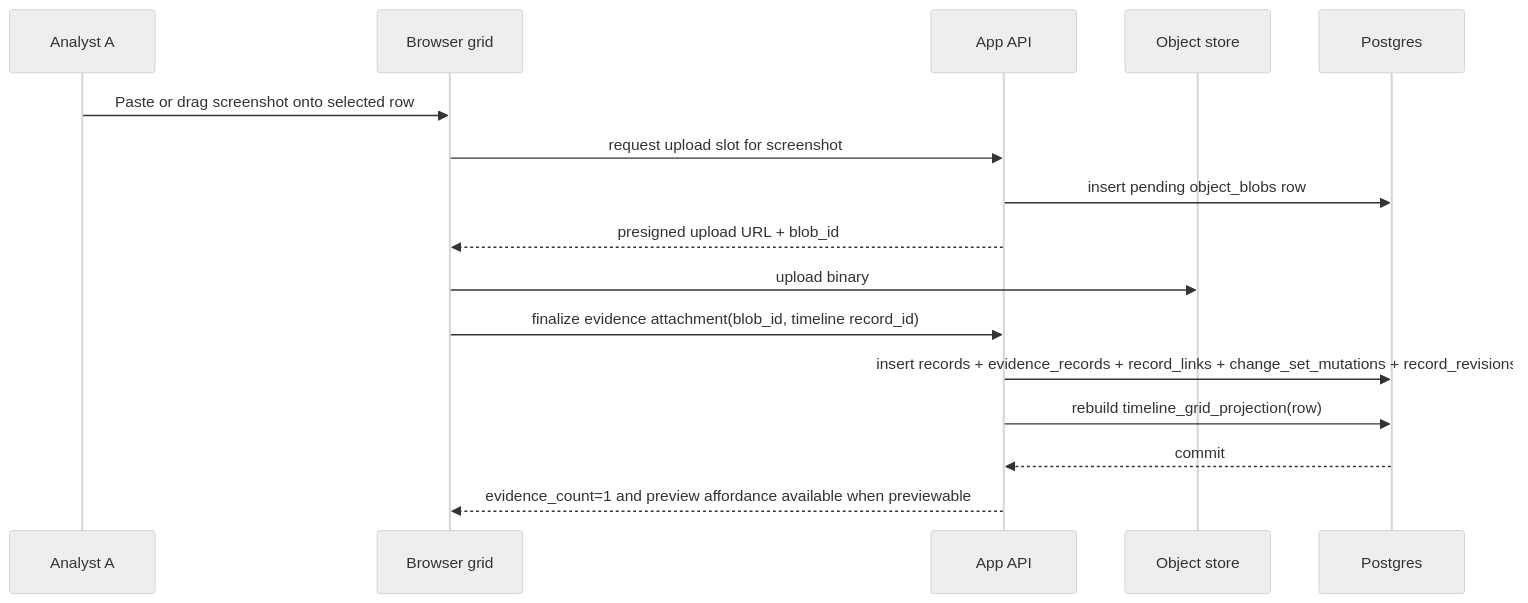
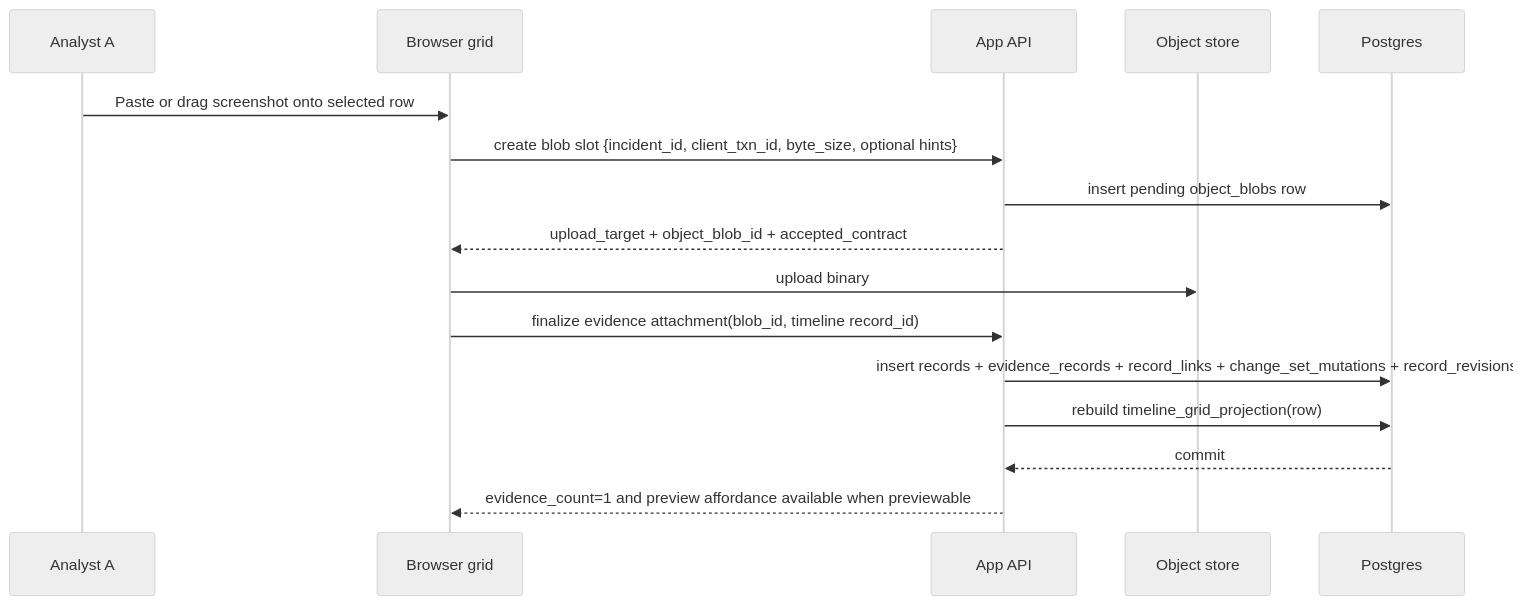
The second of 8 diagrams in D_workflow_and_ui_illustrations_source_extract.md (JochiRaider/cartulary), drawn with Mermaid (neutral theme) before and after one commit. The commit also changed other lines of this file and 7 other files, not shown here.

````diff
--- a/D_workflow_and_ui_illustrations_source_extract.md
+++ b/D_workflow_and_ui_illustrations_source_extract.md
@@ -41,19 +41,19 @@
 ```mermaid
 sequenceDiagram
     participant A as Analyst A
     participant UI as Browser grid
     participant App as App API
     participant OBJ as Object store
     participant PG as Postgres
 
     A->>UI: Paste or drag screenshot onto selected row
-    UI->>App: request upload slot for screenshot
+    UI->>App: create blob slot {incident_id, client_txn_id, byte_size, optional hints}
     App->>PG: insert pending object_blobs row
-    App-->>UI: presigned upload URL + blob_id
+    App-->>UI: upload_target + object_blob_id + accepted_contract
     UI->>OBJ: upload binary
     UI->>App: finalize evidence attachment(blob_id, timeline record_id)
     App->>PG: insert records + evidence_records + record_links + change_set_mutations + record_revisions
     App->>PG: rebuild timeline_grid_projection(row)
     PG-->>App: commit
     App-->>UI: evidence_count=1 and preview affordance available when previewable
 ```
````
